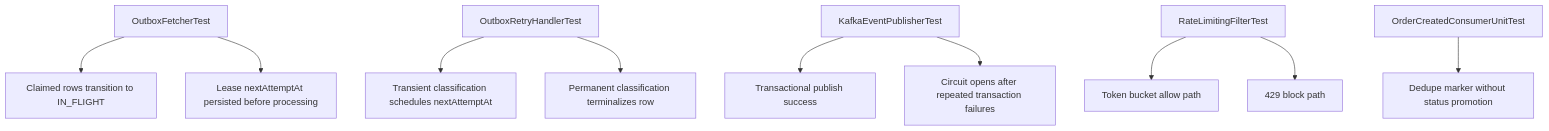
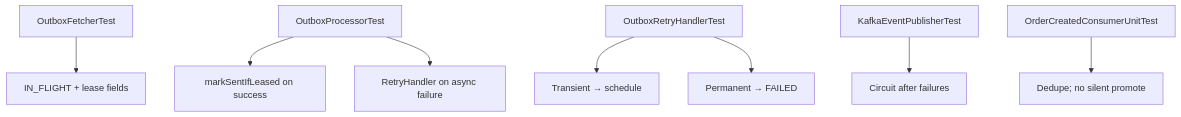
The fourth of 4 diagrams in docs/testing-and-quality.md (AbhinavT09/OrderProcessingSystem), drawn with Mermaid before and after one commit. The commit also changed other lines of this file and 9 other files, not shown here.

First line of the commit message:
Add architecture tests and enhance JPA repository coverage

````diff
--- a/docs/testing-and-quality.md
+++ b/docs/testing-and-quality.md
@@ -93,12 +342,10 @@
 ```mermaid
 flowchart TD
-    F[OutboxFetcherTest] --> F1[Claimed rows transition to IN_FLIGHT]
-    F --> F2[Lease nextAttemptAt persisted before processing]
-    A[OutboxRetryHandlerTest] --> A1[Transient classification schedules nextAttemptAt]
-    A --> A2[Permanent classification terminalizes row]
-    B[KafkaEventPublisherTest] --> B1[Transactional publish success]
-    B --> B2[Circuit opens after repeated transaction failures]
-    C[RateLimitingFilterTest] --> C1[Token bucket allow path]
-    C --> C2[429 block path]
-    D[OrderCreatedConsumerUnitTest] --> D1[Dedupe marker without status promotion]
+    F[OutboxFetcherTest] --> F1[IN_FLIGHT + lease fields]
+    P[OutboxProcessorTest] --> P1[markSentIfLeased on success]
+    P --> P2[RetryHandler on async failure]
+    R[OutboxRetryHandlerTest] --> R1[Transient → schedule]
+    R --> R2[Permanent → FAILED]
+    K[KafkaEventPublisherTest] --> K1[Circuit after failures]
+    D[OrderCreatedConsumerUnitTest] --> D1[Dedupe; no silent promote]
 ```
````
